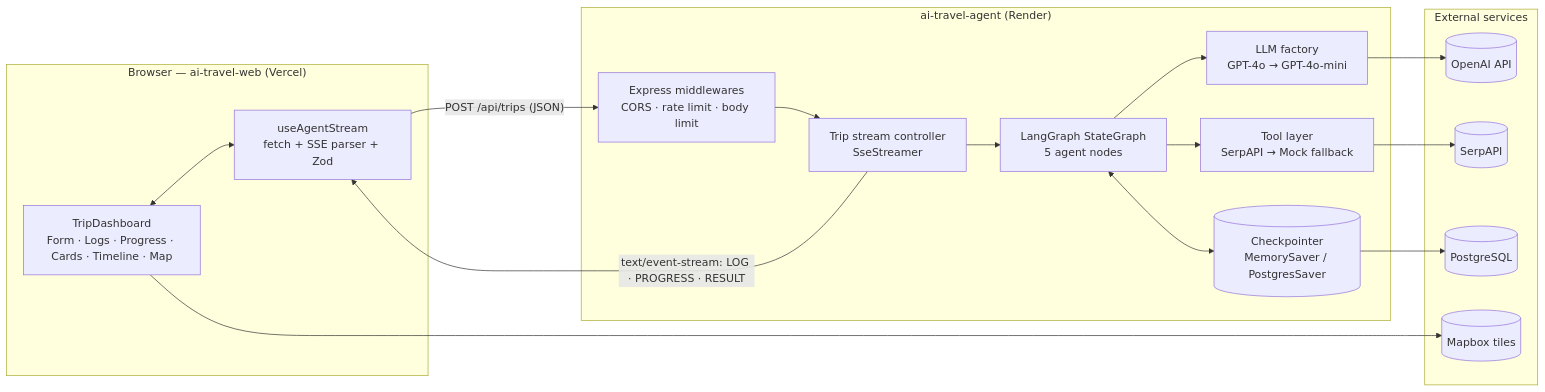
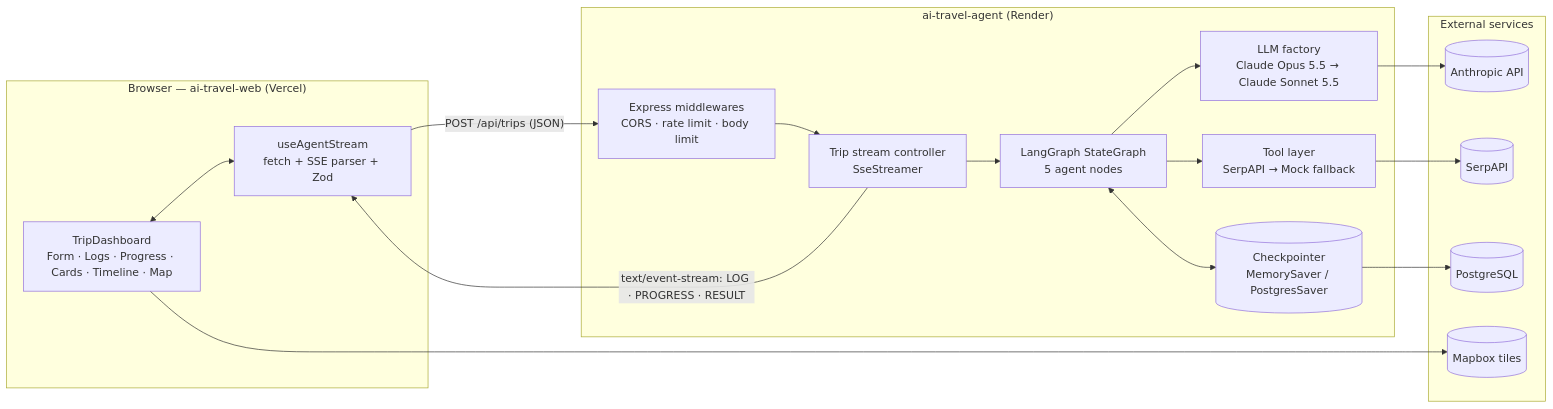
One commit to Saidbek9092/ai-travel-planner changed the first of 2 diagrams in ARCHITECTURE.md. Above: the diagram before and after it, drawn with Mermaid. The commit also changed other lines of this file and 7 other files, not shown here.

First line of the commit message:
Switch agent LLM config from OpenAI to Anthropic Claude

````diff
--- a/ARCHITECTURE.md
+++ b/ARCHITECTURE.md
@@ -51,35 +51,35 @@
 ```mermaid
 flowchart LR
   subgraph Browser["Browser — ai-travel-web (Vercel)"]
     UI[TripDashboard<br/>Form · Logs · Progress · Cards · Timeline · Map]
     Hook[useAgentStream<br/>fetch + SSE parser + Zod]
     UI <--> Hook
   end
 
   subgraph Agent["ai-travel-agent (Render)"]
     MW[Express middlewares<br/>CORS · rate limit · body limit]
     Ctrl[Trip stream controller<br/>SseStreamer]
     Graph[LangGraph StateGraph<br/>5 agent nodes]
     CP[(Checkpointer<br/>MemorySaver / PostgresSaver)]
     Tools[Tool layer<br/>SerpAPI → Mock fallback]
-    LLM[LLM factory<br/>GPT-4o → GPT-4o-mini]
+    LLM[LLM factory<br/>Claude Opus 5.5 → Claude Sonnet 5.5]
     MW --> Ctrl --> Graph
     Graph <--> CP
     Graph --> Tools
     Graph --> LLM
   end
 
   subgraph External["External services"]
-    OpenAI[(OpenAI API)]
+    Anthropic[(Anthropic API)]
     Serp[(SerpAPI)]
     PG[(PostgreSQL)]
     Mapbox[(Mapbox tiles)]
   end
 
   Hook -- "POST /api/trips (JSON)" --> MW
   Ctrl -- "text/event-stream: LOG · PROGRESS · RESULT" --> Hook
-  LLM --> OpenAI
+  LLM --> Anthropic
   Tools --> Serp
   CP --> PG
   UI --> Mapbox
 ```
````
